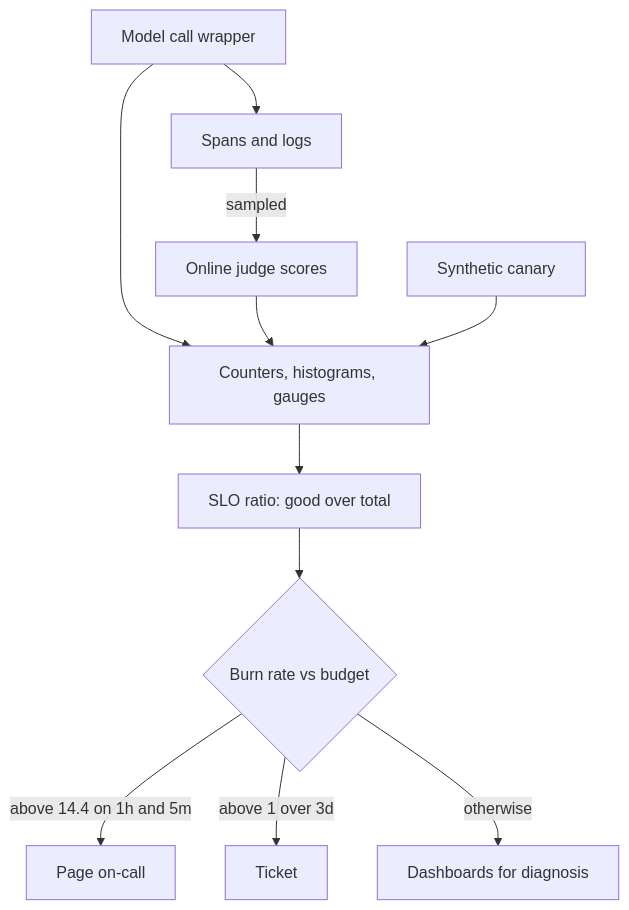
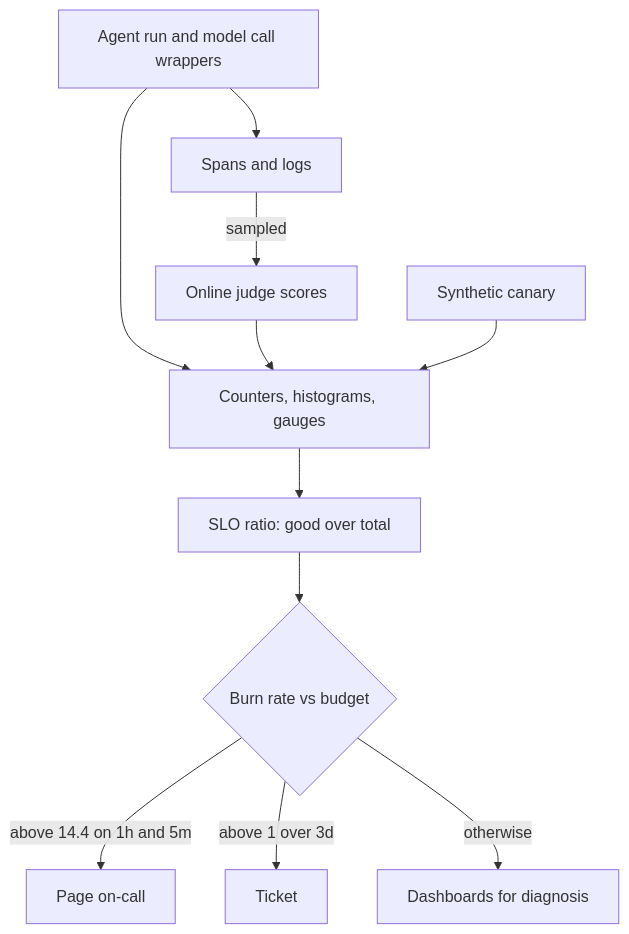
One commit to lovishmahajan97/agentic-learning changed the diagram in content/observability/monitoring.md. Above: the diagram before and after it, drawn with Mermaid. The commit also changed other lines of this file and 485 other files, not shown here.

````diff
--- a/content/observability/monitoring.md
+++ b/content/observability/monitoring.md
@@ -131,13 +161,13 @@
 ```mermaid
 flowchart TD
-    W["Model call wrapper"] --> M["Counters, histograms, gauges"]
+    W["Agent run and model call wrappers"] --> M["Counters, histograms, gauges"]
     W --> S["Spans and logs"]
     S -->|"sampled"| J["Online judge scores"]
     J --> M
     C["Synthetic canary"] --> M
     M --> R["SLO ratio: good over total"]
     R --> B{"Burn rate vs budget"}
     B -->|"above 14.4 on 1h and 5m"| P["Page on-call"]
     B -->|"above 1 over 3d"| T["Ticket"]
     B -->|"otherwise"| D["Dashboards for diagnosis"]
 ```
````
